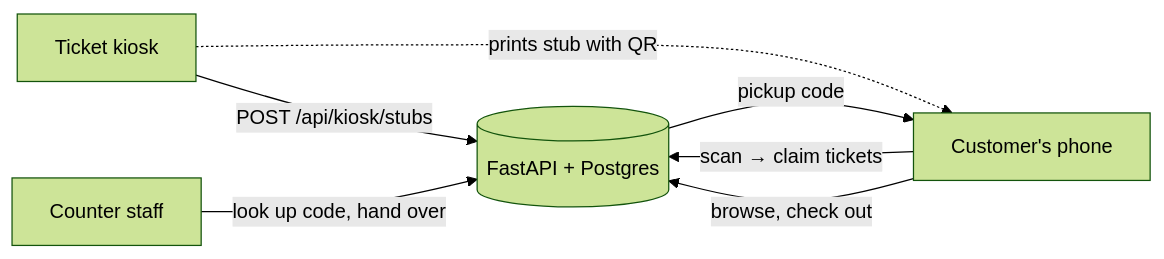
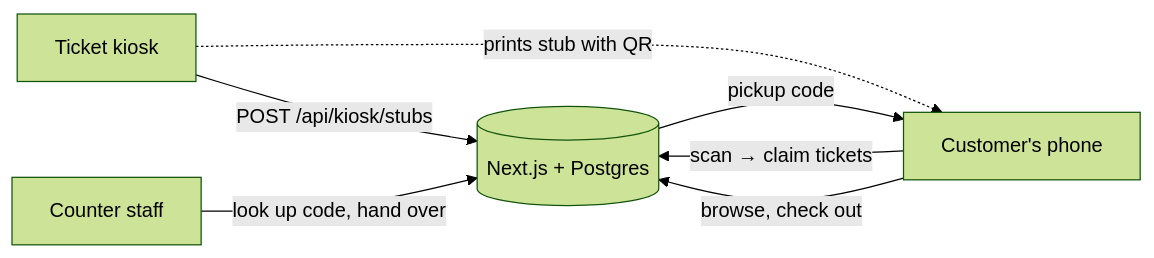
The diagram in README.md (crossfirebull/ticket2prize), drawn with Mermaid (forest theme) before and after one commit. The commit also changed other lines of this file and 20 other files, not shown here.

````diff
--- a/README.md
+++ b/README.md
@@ -17,10 +17,10 @@
 ```mermaid
 flowchart LR
-    K[Ticket kiosk] -- "POST /api/kiosk/stubs" --> API
+    K[Ticket kiosk] -- "POST /api/kiosk/stubs" --> App
     K -. prints stub with QR .-> C[Customer's phone]
-    C -- "scan → claim tickets" --> API
-    C -- "browse, check out" --> API
-    API -- "pickup code" --> C
-    S[Counter staff] -- "look up code, hand over" --> API
-    API[(FastAPI + Postgres)]
+    C -- "scan → claim tickets" --> App
+    C -- "browse, check out" --> App
+    App -- "pickup code" --> C
+    S[Counter staff] -- "look up code, hand over" --> App
+    App[(Next.js + Postgres)]
 ```
````
